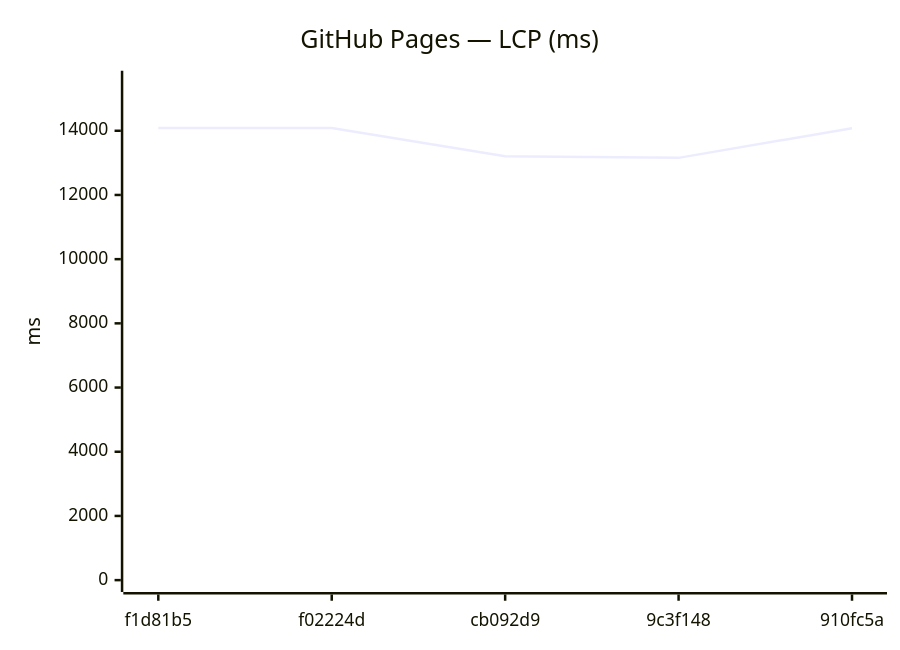
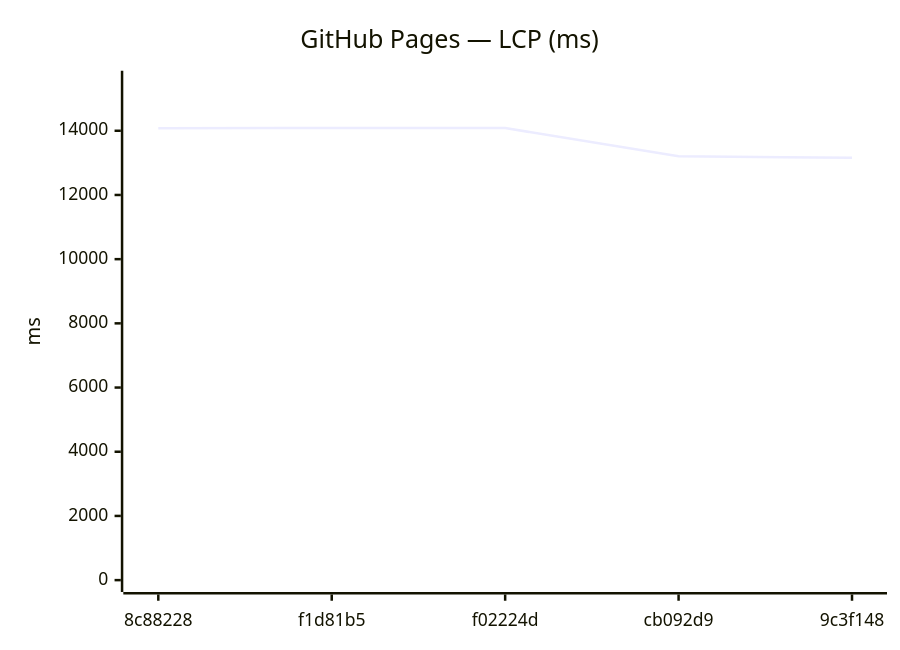
The ninth of 18 diagrams in benchmarks/compare.md (Metaheurist/Rianell), drawn with Mermaid before and after one commit. The commit also changed other lines of this file and 11 other files, not shown here.

````diff
--- a/benchmarks/compare.md
+++ b/benchmarks/compare.md
@@ -142,7 +142,7 @@
 ```mermaid
 xychart-beta
     title "GitHub Pages — LCP (ms)"
-    x-axis ["f1d81b5", "f02224d", "cb092d9", "9c3f148", "910fc5a"]
+    x-axis ["8c88228", "f1d81b5", "f02224d", "cb092d9", "9c3f148"]
     y-axis "ms" 0 --> 15500
-    line [14090, 14084, 13204, 13156, 14081]
+    line [14082, 14090, 14084, 13204, 13156]
 ```
````
